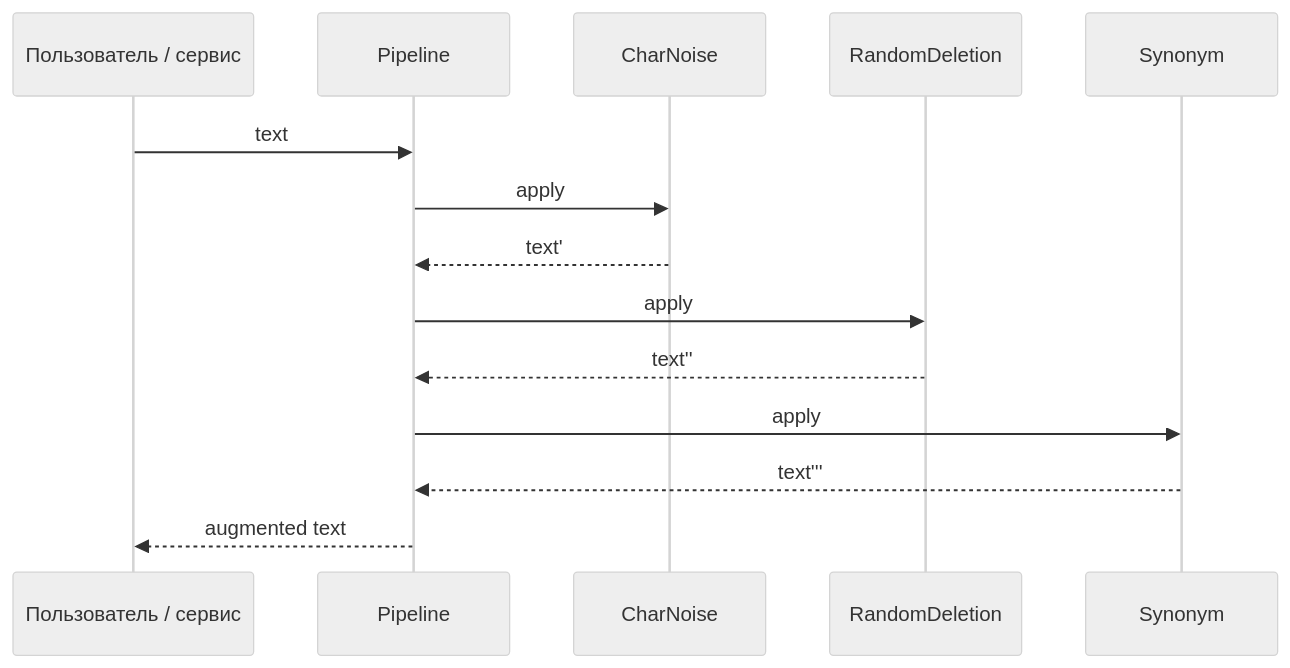
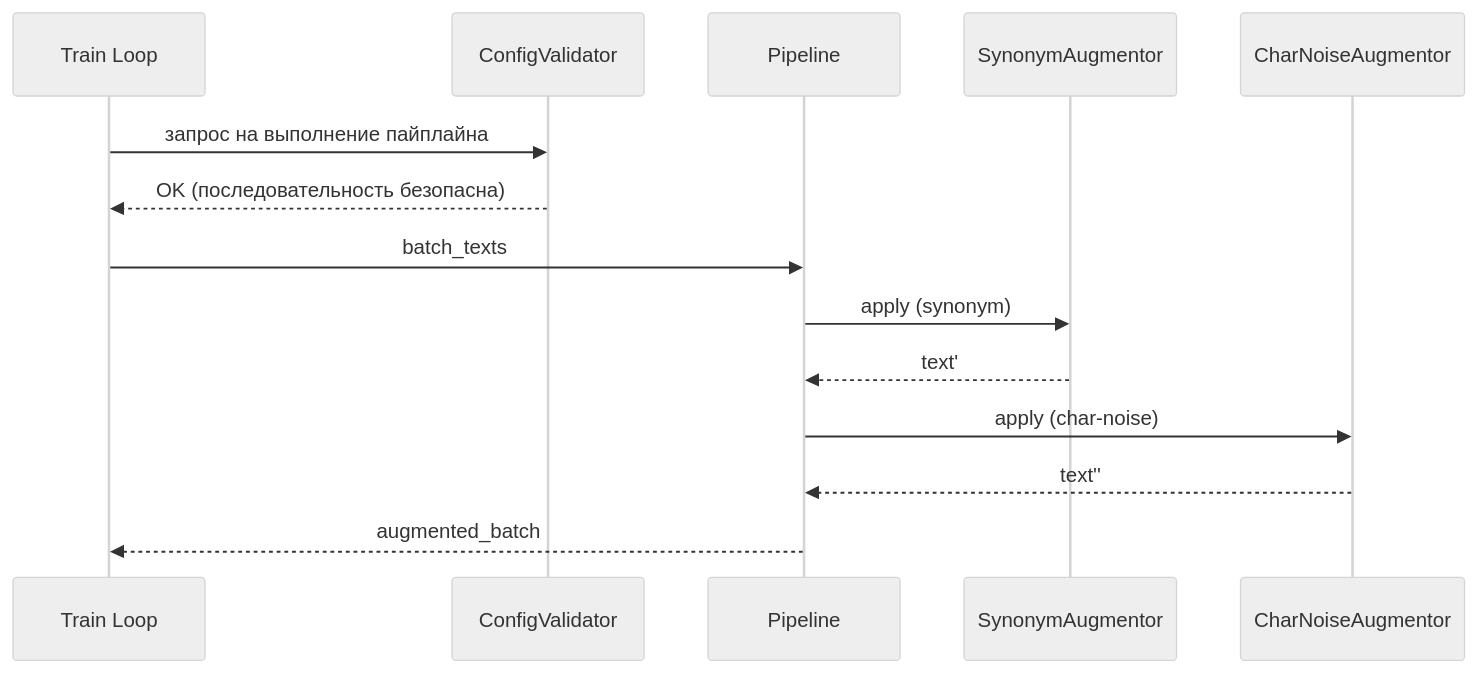
Before and after one commit to OlMiore/Low-Latency-Text-Augmentation-Library: the third of 3 diagrams in design/ML_System_Design_Doc.md, drawn with Mermaid (neutral theme). The commit also changed other lines of this file, not shown here.

````diff
--- a/design/ML_System_Design_Doc.md
+++ b/design/ML_System_Design_Doc.md
@@ -221,17 +257,18 @@
 ```mermaid
 sequenceDiagram
-    participant U as Пользователь / сервис
+    participant TL as Train Loop
+    participant V as ConfigValidator
     participant P as Pipeline
-    participant A1 as CharNoise
-    participant A2 as RandomDeletion
-    participant A3 as Synonym
+    participant A1 as SynonymAugmentor
+    participant A2 as CharNoiseAugmentor
 
-    U->>P: text
-    P->>A1: apply
+    TL->>V: запрос на выполнение пайплайна
+    V-->>TL: OK (последовательность безопасна)
+
+    TL->>P: batch_texts
+    P->>A1: apply (synonym)
     A1-->>P: text'
-    P->>A2: apply
+    P->>A2: apply (char-noise)
     A2-->>P: text''
-    P->>A3: apply
-    A3-->>P: text'''
-    P-->>U: augmented text
+    P-->>TL: augmented_batch
 ```
````
